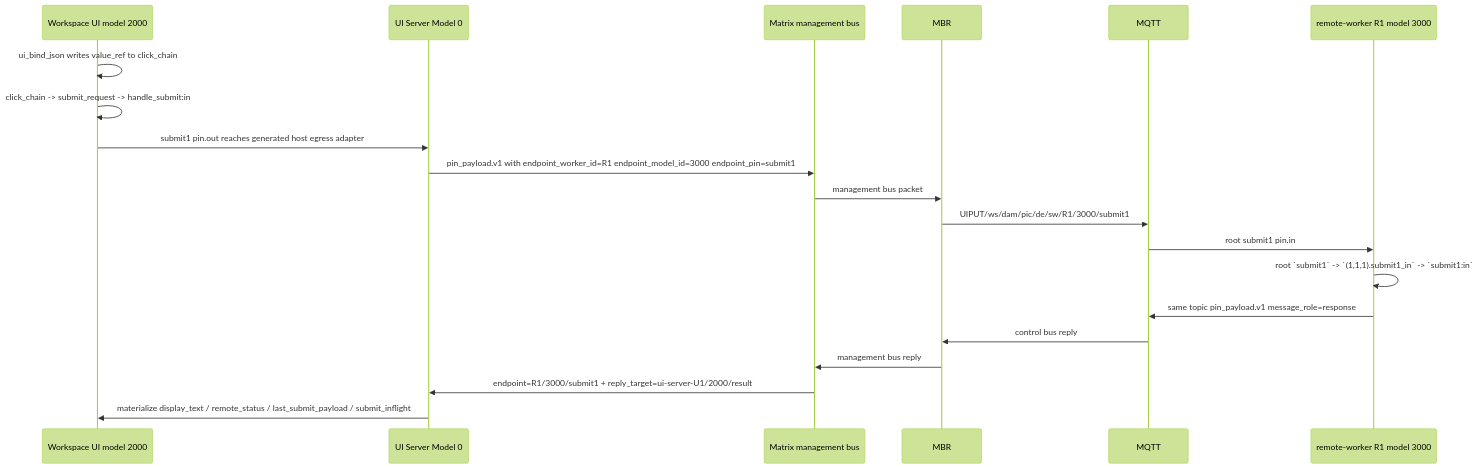
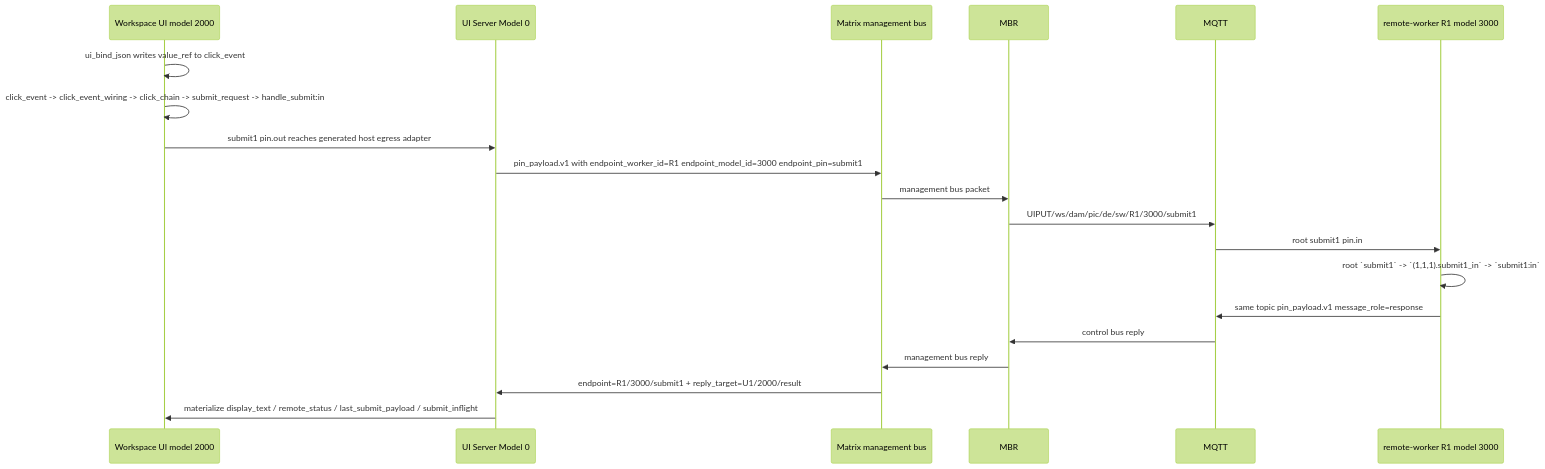
Before and after one commit to drooop/dongyu_js_core: the first of 3 diagrams in docs/user-guide/slide-app-runtime/minimal_submit_app_provider_visualized.md, drawn with Mermaid (forest theme). The commit also changed other lines of this file and 14 other files, not shown here.

````diff
--- a/docs/user-guide/slide-app-runtime/minimal_submit_app_provider_visualized.md
+++ b/docs/user-guide/slide-app-runtime/minimal_submit_app_provider_visualized.md
@@ -15,22 +15,22 @@
 ```mermaid
 sequenceDiagram
   participant UI as Workspace UI model 2000
   participant M0 as UI Server Model 0
   participant MX as Matrix management bus
   participant MBR as MBR
   participant MQTT as MQTT
   participant R1 as remote-worker R1 model 3000
-  UI->>UI: ui_bind_json writes value_ref to click_chain
-  UI->>UI: click_chain -> submit_request -> handle_submit:in
+  UI->>UI: ui_bind_json writes value_ref to click_event
+  UI->>UI: click_event -> click_event_wiring -> click_chain -> submit_request -> handle_submit:in
   UI->>M0: submit1 pin.out reaches generated host egress adapter
   M0->>MX: pin_payload.v1 with endpoint_worker_id=R1 endpoint_model_id=3000 endpoint_pin=submit1
   MX->>MBR: management bus packet
   MBR->>MQTT: UIPUT/ws/dam/pic/de/sw/R1/3000/submit1
   MQTT->>R1: root submit1 pin.in
   R1->>R1: root `submit1` -> `(1,1,1).submit1_in` -> `submit1:in`
   R1->>MQTT: same topic pin_payload.v1 message_role=response
   MQTT->>MBR: control bus reply
   MBR->>MX: management bus reply
-  MX->>M0: endpoint=R1/3000/submit1 + reply_target=ui-server-U1/2000/result
+  MX->>M0: endpoint=R1/3000/submit1 + reply_target=U1/2000/result
   M0->>UI: materialize display_text / remote_status / last_submit_payload / submit_inflight
 ```
````
